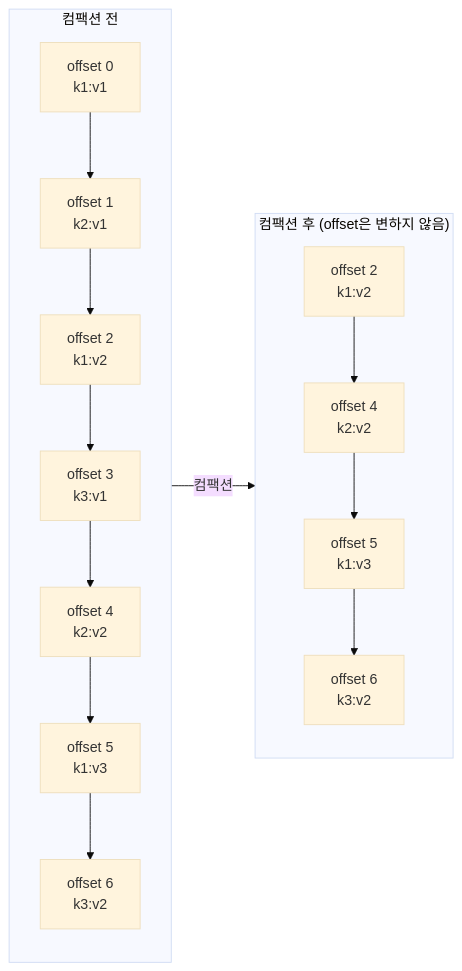
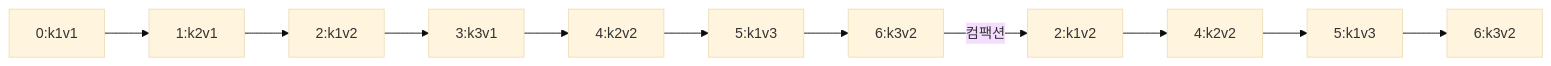
Before and after one commit to yjkim2015/yjkim2015.github.io: diagram 20 of 21 in _posts/kafka/2026-05-01-kafka-internals.md, drawn with Mermaid (base theme). The commit also changed other lines of this file and 215 other files, not shown here.

First line of the commit message:
신규 포스트 10개 추가 + Mermaid 전면 축소 + SystemDesign 시리즈 보강

````diff
--- a/_posts/kafka/2026-05-01-kafka-internals.md
+++ b/_posts/kafka/2026-05-01-kafka-internals.md
@@ -657,21 +590,5 @@
 ```mermaid
 graph LR
-    subgraph before["컴팩션 전"]
-        B0["offset 0\nk1:v1"]
-        B1["offset 1\nk2:v1"]
-        B2["offset 2\nk1:v2"]
-        B3["offset 3\nk3:v1"]
-        B4["offset 4\nk2:v2"]
-        B5["offset 5\nk1:v3"]
-        B6["offset 6\nk3:v2"]
-        B0 --> B1 --> B2 --> B3 --> B4 --> B5 --> B6
-    end
-    subgraph after["컴팩션 후 (offset은 변하지 않음)"]
-        A2["offset 2\nk1:v2"]
-        A4["offset 4\nk2:v2"]
-        A5["offset 5\nk1:v3"]
-        A6["offset 6\nk3:v2"]
-        A2 --> A4 --> A5 --> A6
-    end
-    before -->|컴팩션| after
+    B0["0:k1v1"] --> B1["1:k2v1"] --> B2["2:k1v2"] --> B3["3:k3v1"] --> B4["4:k2v2"] --> B5["5:k1v3"] --> B6["6:k3v2"]
+    B6 -->|컴팩션| A2["2:k1v2"] --> A4["4:k2v2"] --> A5["5:k1v3"] --> A6["6:k3v2"]
 ```
````
